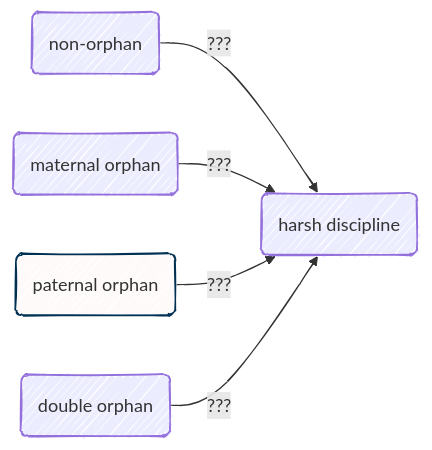
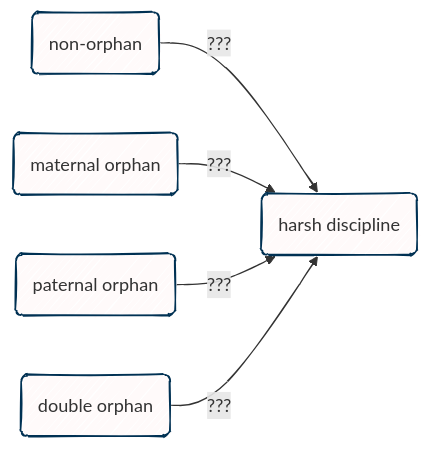
Before and after one commit to agrogan1/closeread: the diagram in orphan/diagrams.md, drawn with Mermaid.

````diff
--- a/orphan/diagrams.md
+++ b/orphan/diagrams.md
@@ -1,13 +1,17 @@
 ```mermaid
 ---
 config:
   look: handDrawn
   theme: default
 ---
 flowchart LR
   nonorphan(non-orphan) --> |"???"| harshdiscipline(harsh discipline)
   maternalorphan(maternal orphan) --> |"???"| harshdiscipline(harsh discipline)
   paternalorphan(paternal orphan) --> |"???"| harshdiscipline(harsh discipline)
   doubleorphan(double orphan) --> |"???"| harshdiscipline(harsh discipline)
+  style nonorphan stroke:#003153,fill:#FFFAFA
+  style maternalorphan stroke:#003153,fill:#FFFAFA
   style paternalorphan stroke:#003153,fill:#FFFAFA
+  style doubleorphan stroke:#003153,fill:#FFFAFA
+  style harshdiscipline stroke:#003153,fill:#FFFAFA
 ```
````
